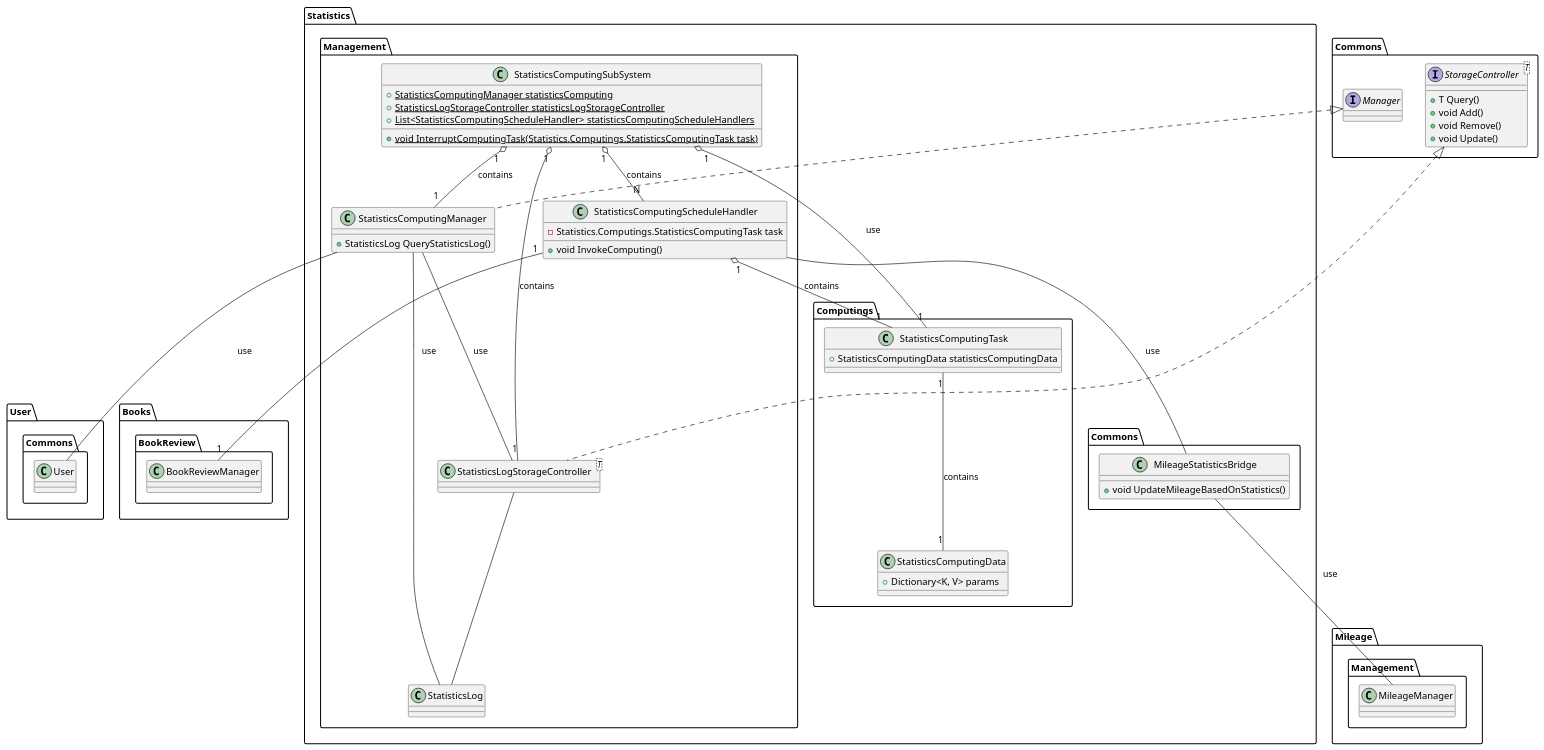
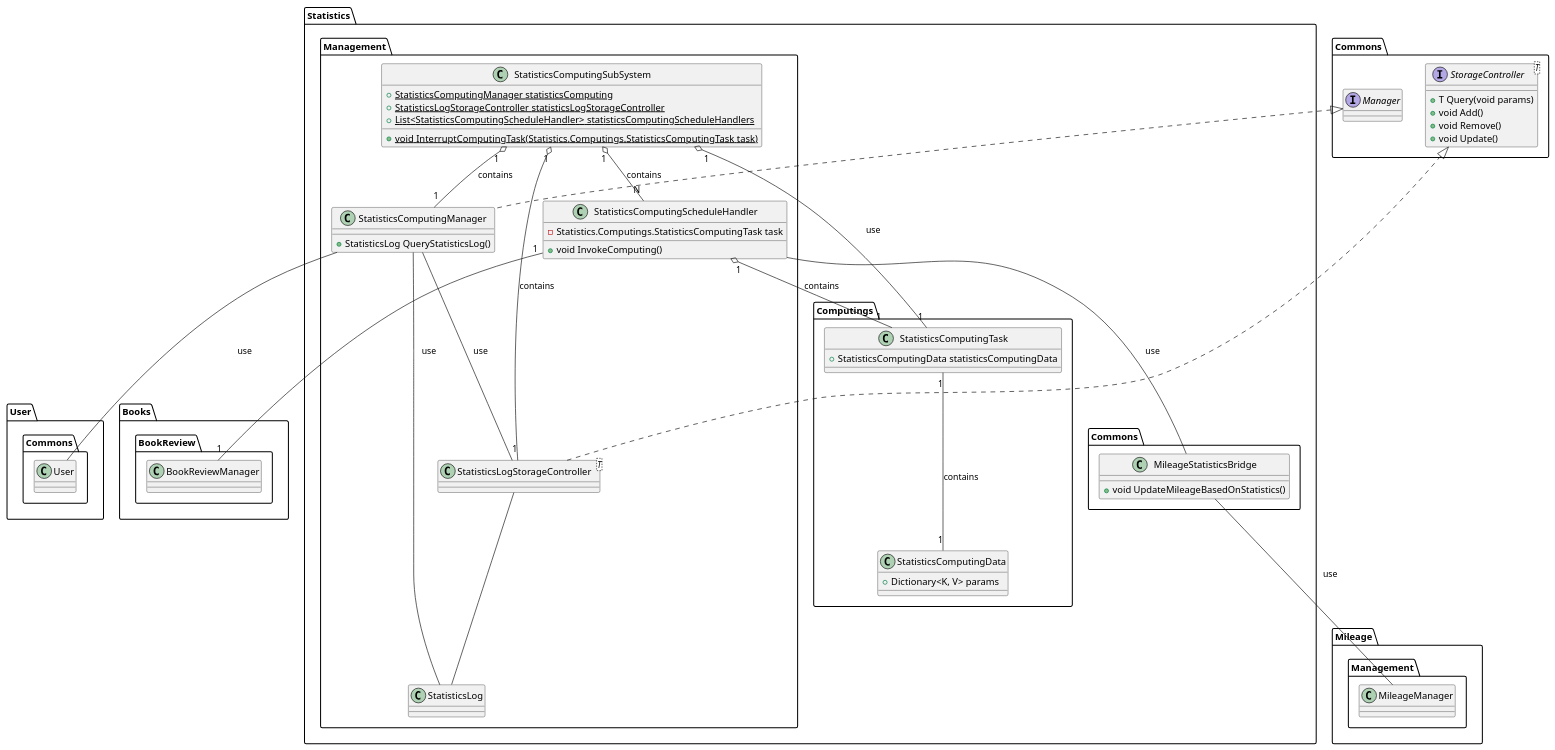
The diagram in src/packages/Statistics.puml (ShapeLayer/se-lecture-task__project-structure-definitions), drawn with PlantUML before and after one commit. The commit also changed 27 other files, not shown here.

Commit message:
Make StorageController.Query's param to `void params`

```diff
--- a/src/packages/Statistics.puml
+++ b/src/packages/Statistics.puml
@@ -1,82 +1,82 @@
 @startuml
 package Commons {
     Interface Manager
     Interface StorageController<T> {
-        + T Query()
+        + T Query(void params)
         + void Add()
         + void Remove()
         + void Update()
     }
 }
 
 
 package User.Commons {
     class User
 }
 package Books.BookReview {
     class BookReviewManager
 }
 package Mileage.Management {
     class MileageManager
 }
 
 
 package Statistics.Commons {
     ' MileageChangeBridge
     class MileageStatisticsBridge {
         + void UpdateMileageBasedOnStatistics()
     }
     MileageStatisticsBridge --- Mileage.Management.MileageManager : use
 }
 
 package Statistics.Computings {
     ' Statistics
     class StatisticsComputingData {
         + Dictionary<K, V> params
     }
 
     class StatisticsComputingTask {
         + StatisticsComputingData statisticsComputingData
     }
 
     StatisticsComputingTask "1" --- "1" StatisticsComputingData : contains
 
 }
 
 package Statistics.Management {
 
     class StatisticsComputingManager implements Commons.Manager {
         + StatisticsLog QueryStatisticsLog()
     }
     StatisticsComputingManager --- Statistics.Management.StatisticsLogStorageController : use
     StatisticsComputingManager --- User.Commons.User : use
     StatisticsComputingManager --- StatisticsLog
 
     class StatisticsLog
 
     class StatisticsLogStorageController<T> implements Commons.StorageController {}
     StatisticsLogStorageController --- StatisticsLog
 
     class StatisticsComputingScheduleHandler {
         - Statistics.Computings.StatisticsComputingTask task
         + void InvokeComputing()
     }
 
     StatisticsComputingScheduleHandler "1" --- "1" Books.BookReview.BookReviewManager : use
     StatisticsComputingScheduleHandler "1" o-- "1" Statistics.Computings.StatisticsComputingTask : contains
     StatisticsComputingScheduleHandler --- Statistics.Commons.MileageStatisticsBridge : use
 
     ' StatisticsComputing SubSystem
     class StatisticsComputingSubSystem {
         + {static} StatisticsComputingManager statisticsComputing
         + {static} StatisticsLogStorageController statisticsLogStorageController
         + {static} List<StatisticsComputingScheduleHandler> statisticsComputingScheduleHandlers
         + {static} void InterruptComputingTask(Statistics.Computings.StatisticsComputingTask task)
     }
 
     StatisticsComputingSubSystem "1" o-- "1" StatisticsComputingManager : contains
     StatisticsComputingSubSystem "1" o-- "1" StatisticsLogStorageController : contains
     StatisticsComputingSubSystem "1" o-- "N" StatisticsComputingScheduleHandler : contains
     StatisticsComputingSubSystem "1" o-- "1" Statistics.Computings.StatisticsComputingTask : use
 }
 @enduml
```
